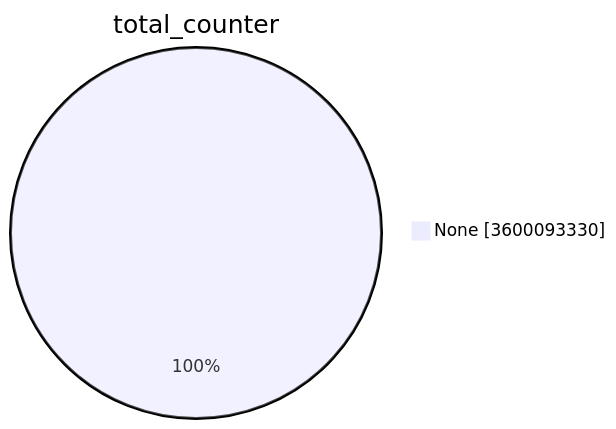
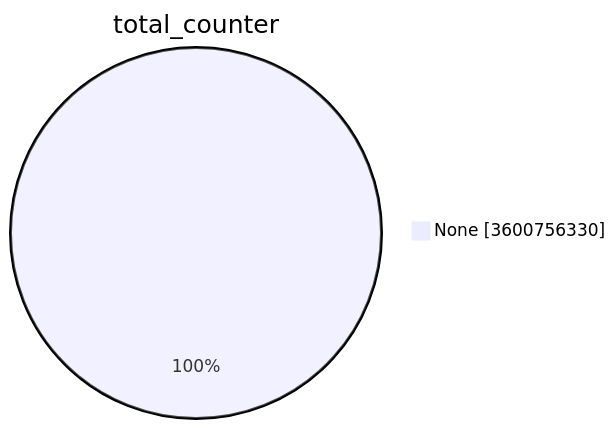
The first of 15 diagrams in TOTAL/README.md (christiankrug/ctmonitor_visualization), drawn with Mermaid before and after one commit. The commit also changed other lines of this file, not shown here.

````diff
--- a/TOTAL/README.md
+++ b/TOTAL/README.md
@@ -1,5 +1,5 @@
 ```mermaid
 pie showData
 title total_counter
-"None" :3600093330
+"None" :3600756330
 ```
````
